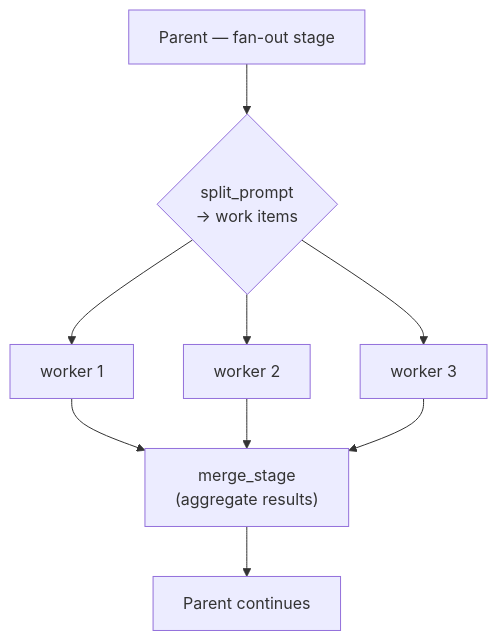
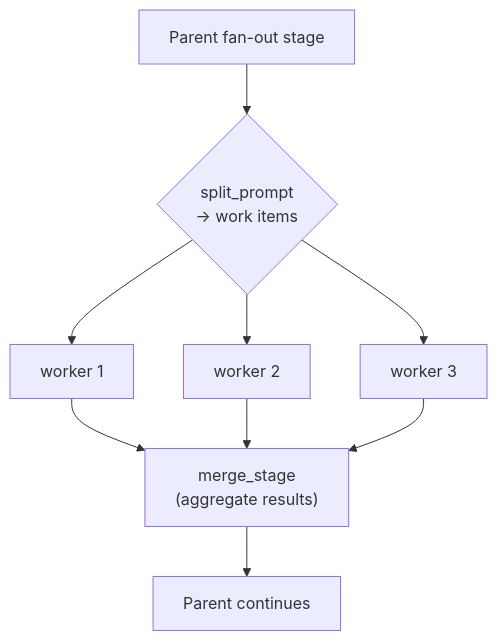
One commit to GEMISIS/leviath changed the first of 2 diagrams in docs/content/sub-agents.md. Above: the diagram before and after it, drawn with Mermaid. The commit also changed other lines of this file and 19 other files, not shown here.

````diff
--- a/docs/content/sub-agents.md
+++ b/docs/content/sub-agents.md
@@ -19,9 +19,9 @@
 ```mermaid
 flowchart TB
-  P["Parent — fan-out stage"] --> Q{"split_prompt<br/>→ work items"}
+  P["Parent fan-out stage"] --> Q{"split_prompt<br/>→ work items"}
   Q --> W1["worker 1"]
   Q --> W2["worker 2"]
   Q --> W3["worker 3"]
   W1 & W2 & W3 --> M["merge_stage<br/>(aggregate results)"]
   M --> P2["Parent continues"]
 ```
````
